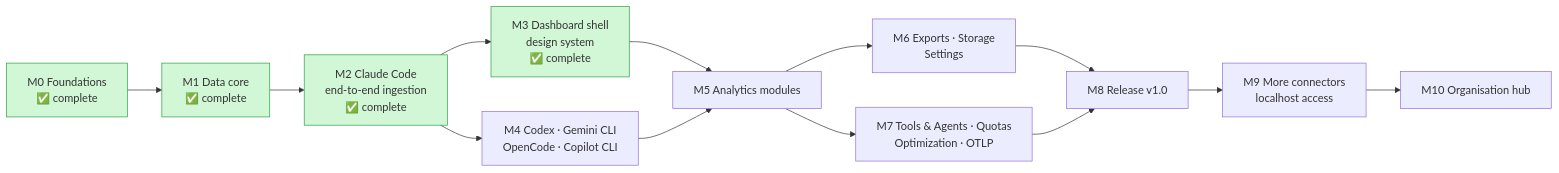
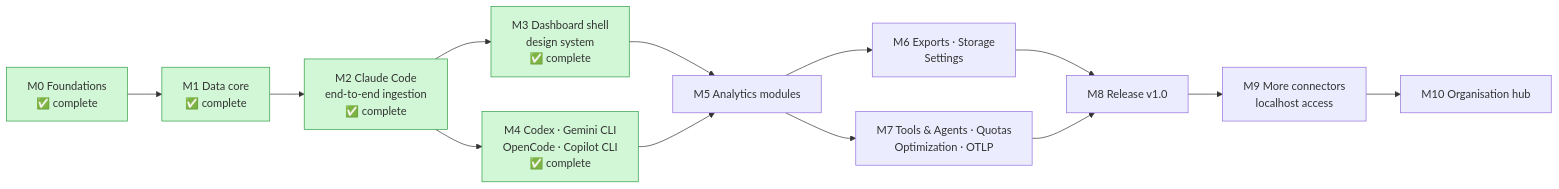
One commit to akanjb/VEYRA changed diagram 21 of 21 in README.md. Above: the diagram before and after it, drawn with Mermaid. The commit also changed other lines of this file and 9 other files, not shown here.

````diff
--- a/README.md
+++ b/README.md
@@ -814,16 +836,16 @@
 ```mermaid
 flowchart LR
   M0[M0 Foundations<br/>✅ complete]:::done --> M1[M1 Data core<br/>✅ complete]:::done
   M1 --> M2[M2 Claude Code<br/>end-to-end ingestion<br/>✅ complete]:::done
   M2 --> M3[M3 Dashboard shell<br/>design system<br/>✅ complete]:::done
-  M2 --> M4[M4 Codex · Gemini CLI<br/>OpenCode · Copilot CLI]
+  M2 --> M4[M4 Codex · Gemini CLI<br/>OpenCode · Copilot CLI<br/>✅ complete]:::done
   M3 --> M5[M5 Analytics modules]
   M4 --> M5
   M5 --> M6[M6 Exports · Storage<br/>Settings]
   M5 --> M7[M7 Tools & Agents · Quotas<br/>Optimization · OTLP]
   M6 --> M8[M8 Release v1.0]
   M7 --> M8
   M8 --> M9[M9 More connectors<br/>localhost access]
   M9 --> M10[M10 Organisation hub]
   classDef done fill:#d1f7d6,stroke:#2f9e44
 ```
````
